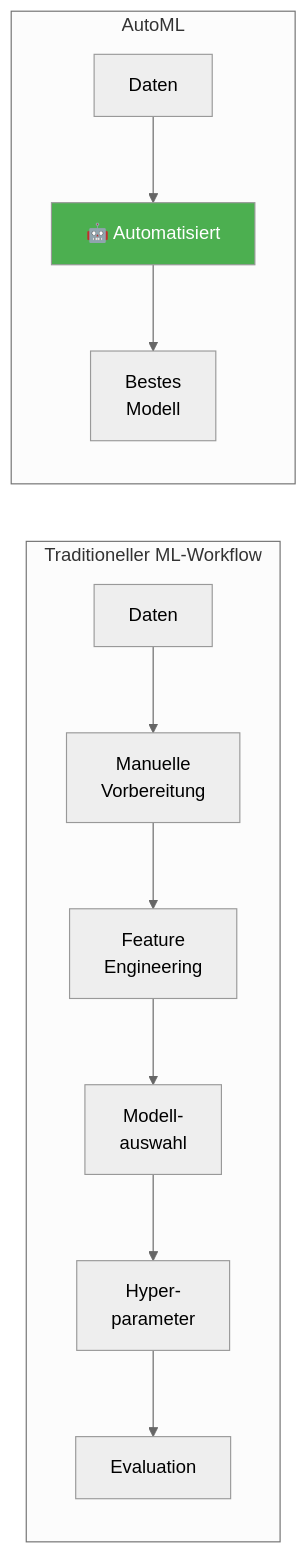
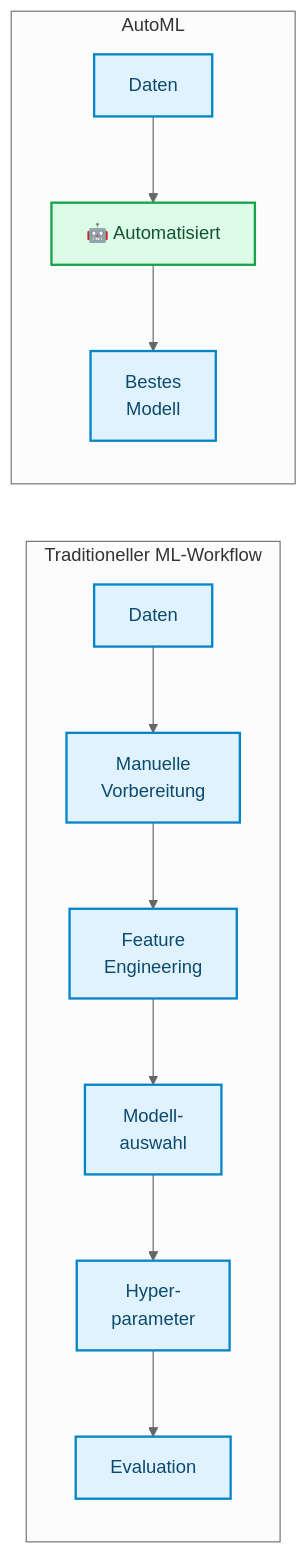
Before and after one commit to ralf-42/ML_Intro: the first of 3 diagrams in docs/concepts/modeling/automl.md, drawn with Mermaid (neutral theme). The commit also changed other lines of this file and 67 other files, not shown here.

````diff
--- a/docs/concepts/modeling/automl.md
+++ b/docs/concepts/modeling/automl.md
@@ -30,17 +30,19 @@
 ```mermaid
 flowchart LR
     subgraph "Traditioneller ML-Workflow"
         A[Daten] --> B[Manuelle<br/>Vorbereitung]
         B --> C[Feature<br/>Engineering]
         C --> D[Modell-<br/>auswahl]
         D --> E[Hyper-<br/>parameter]
         E --> F[Evaluation]
     end
     
     subgraph "AutoML"
         G[Daten] --> H[🤖 Automatisiert]
         H --> I[Bestes<br/>Modell]
     end
-    
-    style H fill:#4CAF50,color:#fff
+
+    classDef default fill:#e0f2fe,stroke:#0284c7,stroke-width:2px,color:#0c4a6e;
+    classDef output fill:#dcfce7,stroke:#16a34a,stroke-width:2px,color:#14532d;
+    class H output;
 ```
````
